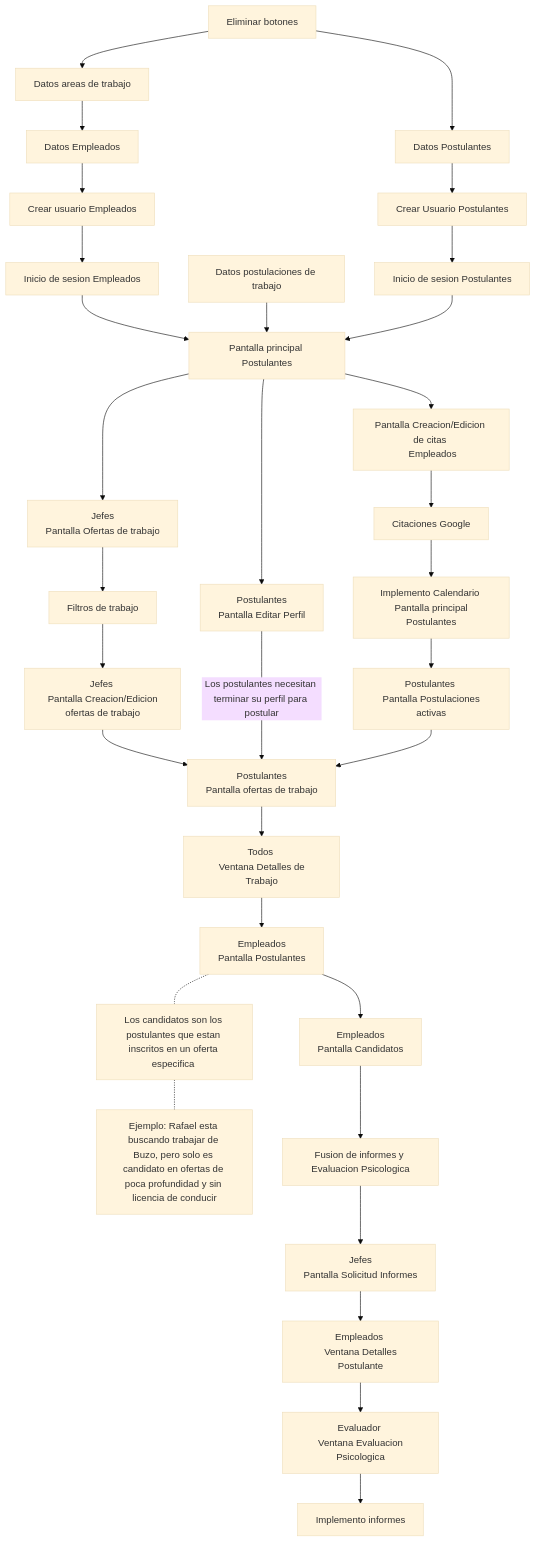
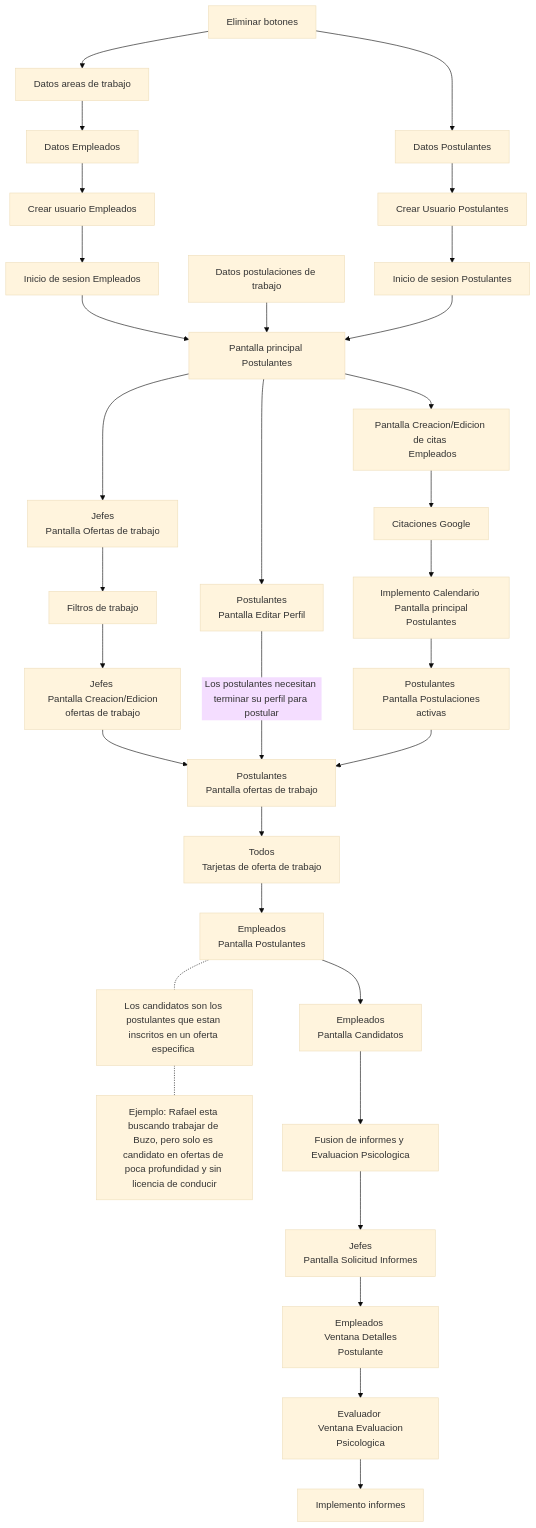
One commit to ruke-duoc-uc/Aqua-Contratos changed the diagram in evidencias/nota_3/CONTRIBUTING.md. Above: the diagram before and after it, drawn with Mermaid (base theme).

Commit message:
docs: Tarjetas ofertas

````diff
--- a/evidencias/nota_3/CONTRIBUTING.md
+++ b/evidencias/nota_3/CONTRIBUTING.md
@@ -1,33 +1,33 @@
 ```mermaid
 graph TD
     A[Eliminar botones]-->A2
     A2[Datos Postulantes]-->B1[Crear Usuario Postulantes]
     B1-->B2
     A-->C1[Datos areas de trabajo]
     C1-->C2[Datos Empleados]
     C2-->C3[Crear usuario Empleados]
     C3-->C4
     C4[Inicio de sesion Empleados]-->B3
     D1[Datos postulaciones de trabajo]-->B3
     B2[Inicio de sesion Postulantes]-->B3
     B3[Pantalla principal Postulantes]-->F1[Jefes <br/> Pantalla Ofertas de trabajo]
     F1-->F4[Filtros de trabajo]
     F4-->F2[Jefes <br/> Pantalla Creacion/Edicion ofertas de trabajo]
     F2-->F3[Postulantes <br/>Pantalla ofertas de trabajo]
     B3-->B4[Postulantes <br/> Pantalla Editar Perfil]
     B4 --->|Los postulantes necesitan terminar su perfil para postular|F3
     B3-->E1[Pantalla Creacion/Edicion de citas <br/> Empleados]
     E1-->E2[Citaciones Google]
     E2-->E3[Implemento Calendario <br/> Pantalla principal Postulantes]
     E3-->E4[Postulantes <br/> Pantalla Postulaciones activas]-->F3
-    F3-->F5[Todos <br/> Ventana Detalles de Trabajo]-->D2
+    F3-->F6[Todos <br/> Tarjetas de oferta de trabajo]-->D2
     D2[Empleados <br/> Pantalla Postulantes]
     D2-.-D2A[Los candidatos son los postulantes que estan inscritos en un oferta especifica <br/>]
     D2A-.-D2B[Ejemplo: Rafael esta buscando trabajar de Buzo, pero solo es candidato en ofertas de poca profundidad y sin licencia de conducir]
     D2-->D3[Empleados <br/> Pantalla Candidatos]
     D3-->G1[Fusion de informes y Evaluacion Psicologica]
     G1-->G2[Jefes <br/> Pantalla Solicitud Informes]
     G2-->G3[Empleados <br/> Ventana Detalles Postulante]
     G3-->G4[Evaluador <br/> Ventana Evaluacion Psicologica]
     G4-->G5[Implemento informes] 
 ```
````
